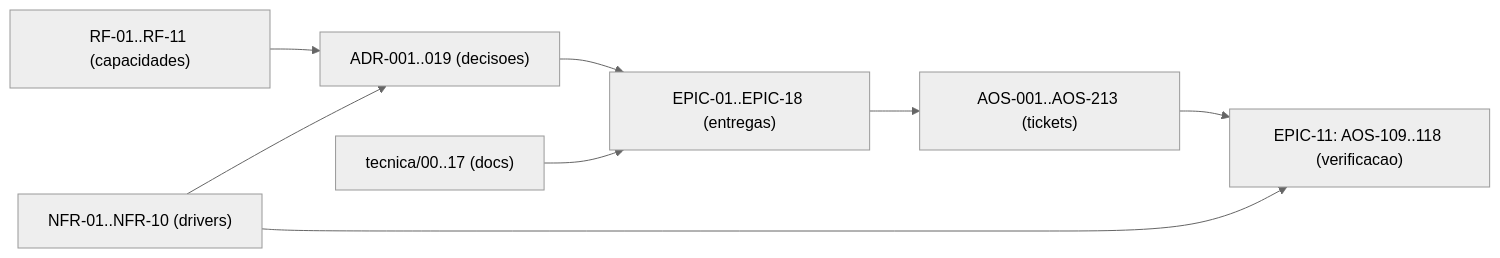
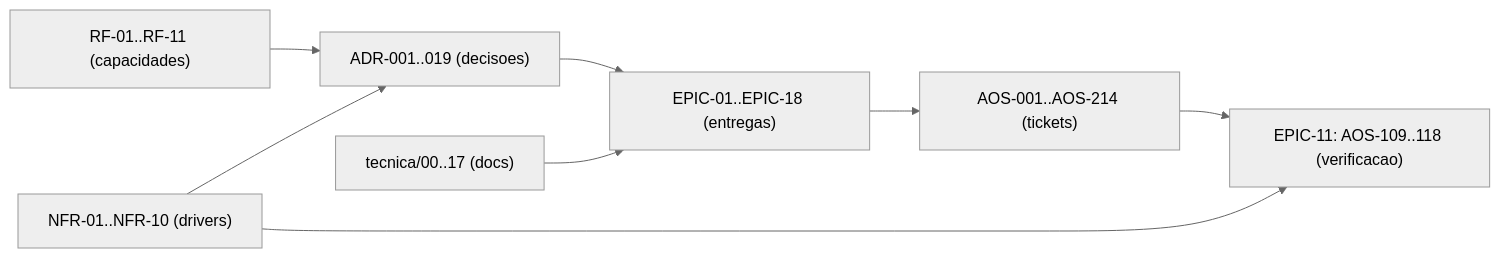
Before and after one commit to albinoJimy/aos: the diagram in tecnica/16_Rastreabilidade_RTM.md, drawn with Mermaid (neutral theme). The commit also changed other lines of this file and 1 other file, not shown here.

First line of the commit message:
docs(AOS-214): formalizar o replay soberano de conteudo selado (EPIC-18)

````diff
--- a/tecnica/16_Rastreabilidade_RTM.md
+++ b/tecnica/16_Rastreabilidade_RTM.md
@@ -169,10 +169,10 @@
 ```mermaid
 flowchart LR
     RF["RF-01..RF-11 (capacidades)"] --> ADR["ADR-001..019 (decisoes)"]
     NFR["NFR-01..NFR-10 (drivers)"] --> ADR
     ADR --> EPIC["EPIC-01..EPIC-18 (entregas)"]
-    EPIC --> TICK["AOS-001..AOS-213 (tickets)"]
+    EPIC --> TICK["AOS-001..AOS-214 (tickets)"]
     DOC["tecnica/00..17 (docs)"] --> EPIC
     TICK --> TEST["EPIC-11: AOS-109..118 (verificacao)"]
     NFR --> TEST
 ```
````
